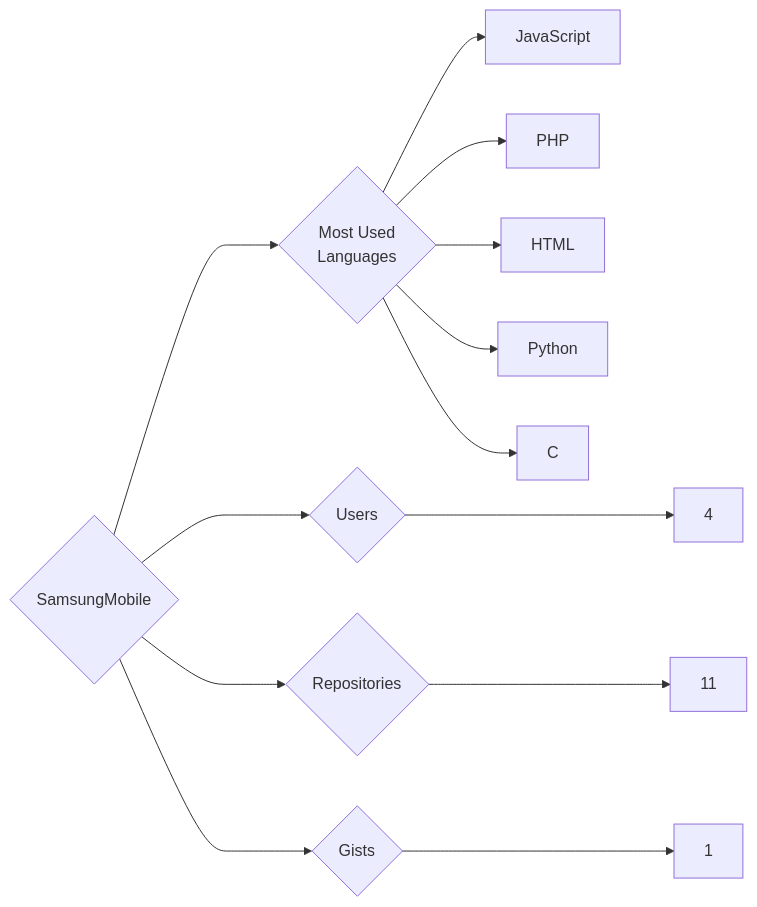
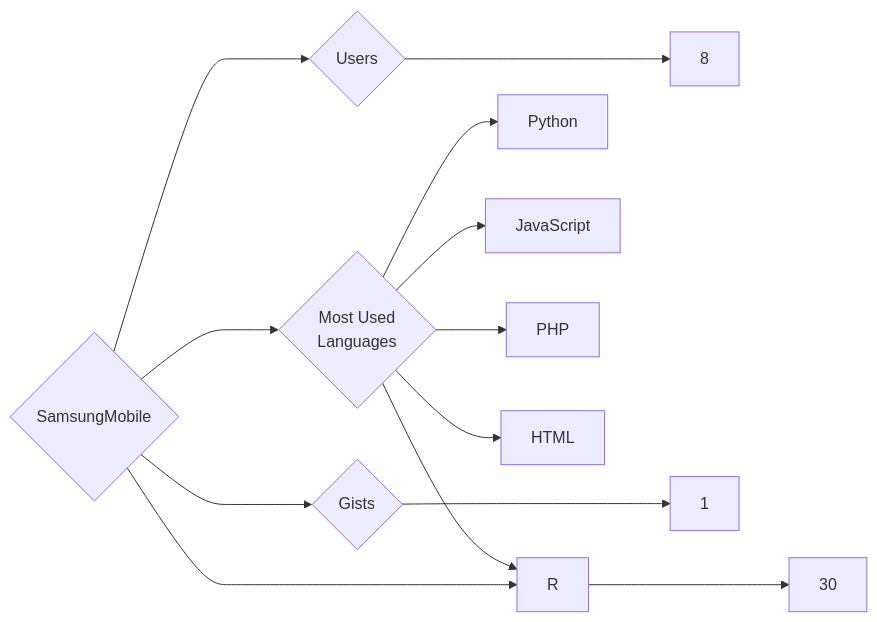
One commit to trickest/insiders changed the diagram in targets/SamsungMobile/README.md. Above: the diagram before and after it, drawn with Mermaid. The commit also changed 815 other files, not shown here.

````diff
--- a/targets/SamsungMobile/README.md
+++ b/targets/SamsungMobile/README.md
@@ -3,13 +3,13 @@
 ```mermaid
 graph LR
 COMPANY_NAME{SamsungMobile}
-COMPANY_NAME ---> U{Users} ---> UN[4]
-COMPANY_NAME ---> R{Repositories} ---> RN[11]
+COMPANY_NAME ---> U{Users} ---> UN[8]
+COMPANY_NAME ---> R{Repositories} ---> RN[30]
 COMPANY_NAME ---> G{Gists} ---> GN[1]
 COMPANY_NAME ---> ML{Most Used<br>Languages}
+ML --> Python[Python]
 ML --> JavaScript[JavaScript]
+ML --> R[R]
 ML --> PHP[PHP]
 ML --> HTML[HTML]
-ML --> Python[Python]
-ML --> C[C]
 ```
````
